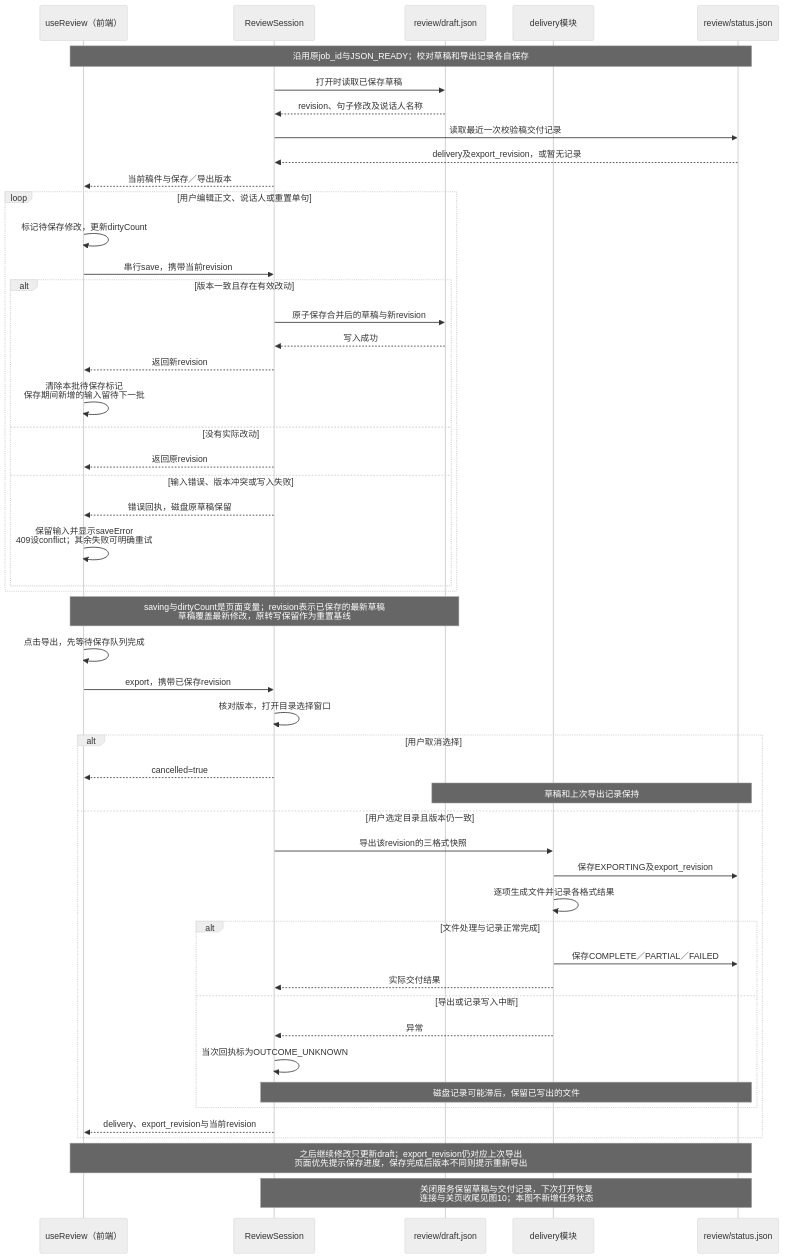
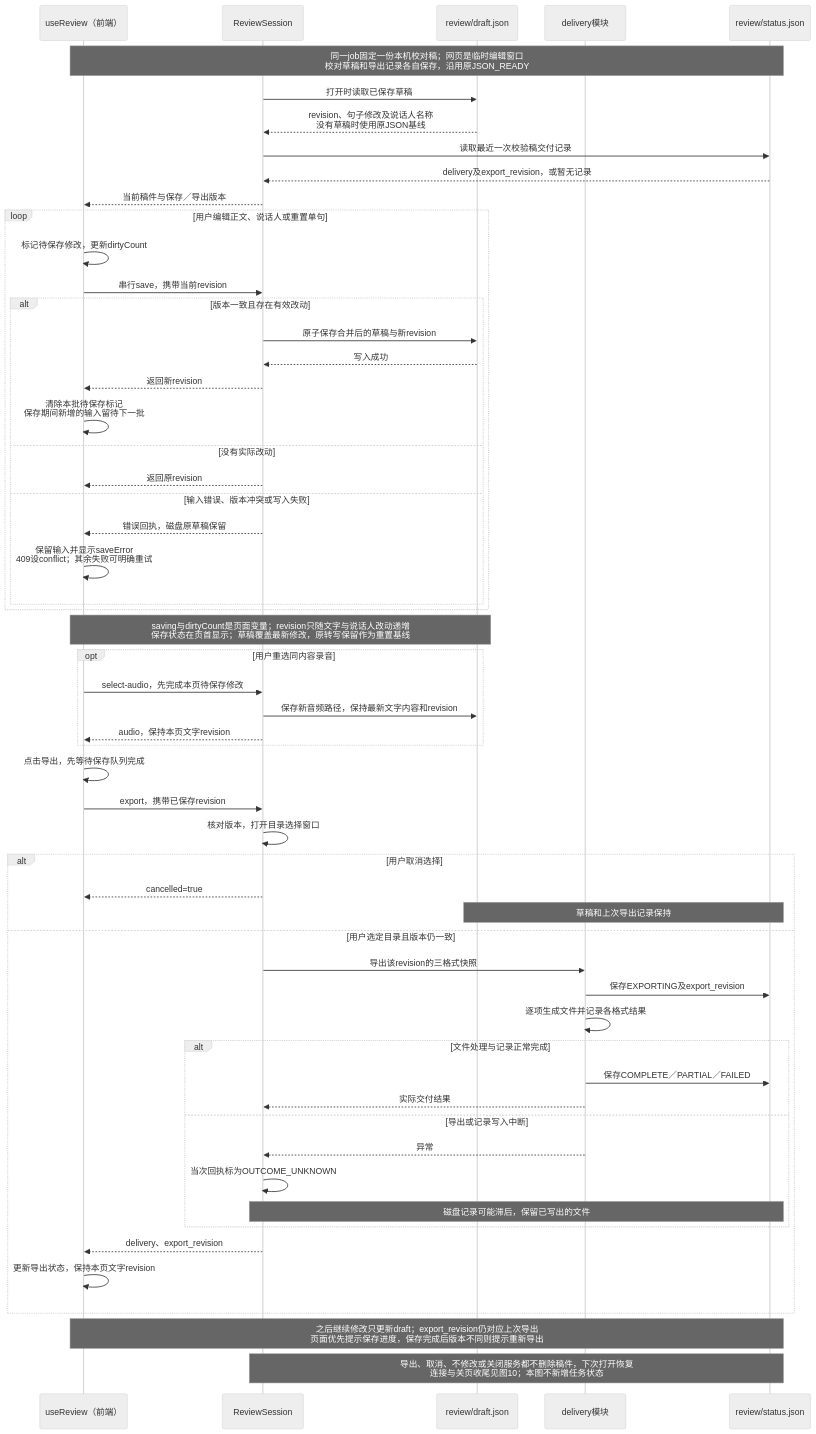
Before and after one commit to hx101700/memoflow: the diagram in doc/uml/11-review-state.mmd, drawn with Mermaid (neutral theme). The commit also changed 50 other files, not shown here.

```diff
--- a/doc/uml/11-review-state.mmd
+++ b/doc/uml/11-review-state.mmd
@@ -1,52 +1,59 @@
 sequenceDiagram
 participant W as useReview（前端）
 participant S as ReviewSession
 participant F as review/draft.json
 participant D as delivery模块
 participant R as review/status.json
-Note over W,R: 沿用原job_id与JSON_READY；校对草稿和导出记录各自保存
+Note over W,R: 同一job固定一份本机校对稿；网页是临时编辑窗口<br/>校对草稿和导出记录各自保存，沿用原JSON_READY
 S->>F: 打开时读取已保存草稿
-F-->>S: revision、句子修改及说话人名称
+F-->>S: revision、句子修改及说话人名称<br/>没有草稿时使用原JSON基线
 S->>R: 读取最近一次校验稿交付记录
 R-->>S: delivery及export_revision，或暂无记录
 S-->>W: 当前稿件与保存／导出版本
 
 loop 用户编辑正文、说话人或重置单句
     W->>W: 标记待保存修改，更新dirtyCount
     W->>S: 串行save，携带当前revision
     alt 版本一致且存在有效改动
         S->>F: 原子保存合并后的草稿与新revision
         F-->>S: 写入成功
         S-->>W: 返回新revision
         W->>W: 清除本批待保存标记<br/>保存期间新增的输入留待下一批
     else 没有实际改动
         S-->>W: 返回原revision
     else 输入错误、版本冲突或写入失败
         S-->>W: 错误回执，磁盘原草稿保留
         W->>W: 保留输入并显示saveError<br/>409设conflict；其余失败可明确重试
     end
 end
-Note over W,F: saving与dirtyCount是页面变量；revision表示已保存的最新草稿<br/>草稿覆盖最新修改，原转写保留作为重置基线
+Note over W,F: saving与dirtyCount是页面变量；revision只随文字与说话人改动递增<br/>保存状态在页首显示；草稿覆盖最新修改，原转写保留作为重置基线
+
+opt 用户重选同内容录音
+    W->>S: select-audio，先完成本页待保存修改
+    S->>F: 保存新音频路径，保持最新文字内容和revision
+    S-->>W: audio，保持本页文字revision
+end
 
 W->>W: 点击导出，先等待保存队列完成
 W->>S: export，携带已保存revision
 S->>S: 核对版本，打开目录选择窗口
 alt 用户取消选择
     S-->>W: cancelled=true
     Note over F,R: 草稿和上次导出记录保持
 else 用户选定目录且版本仍一致
     S->>D: 导出该revision的三格式快照
     D->>R: 保存EXPORTING及export_revision
     D->>D: 逐项生成文件并记录各格式结果
     alt 文件处理与记录正常完成
         D->>R: 保存COMPLETE／PARTIAL／FAILED
         D-->>S: 实际交付结果
     else 导出或记录写入中断
         D-->>S: 异常
         S->>S: 当次回执标为OUTCOME_UNKNOWN
         Note over S,R: 磁盘记录可能滞后，保留已写出的文件
     end
-    S-->>W: delivery、export_revision与当前revision
+    S-->>W: delivery、export_revision
+    W->>W: 更新导出状态，保持本页文字revision
 end
 Note over W,R: 之后继续修改只更新draft；export_revision仍对应上次导出<br/>页面优先提示保存进度，保存完成后版本不同则提示重新导出
-Note over S,R: 关闭服务保留草稿与交付记录，下次打开恢复<br/>连接与关页收尾见图10；本图不新增任务状态
+Note over S,R: 导出、取消、不修改或关闭服务都不删除稿件，下次打开恢复<br/>连接与关页收尾见图10；本图不新增任务状态
```
